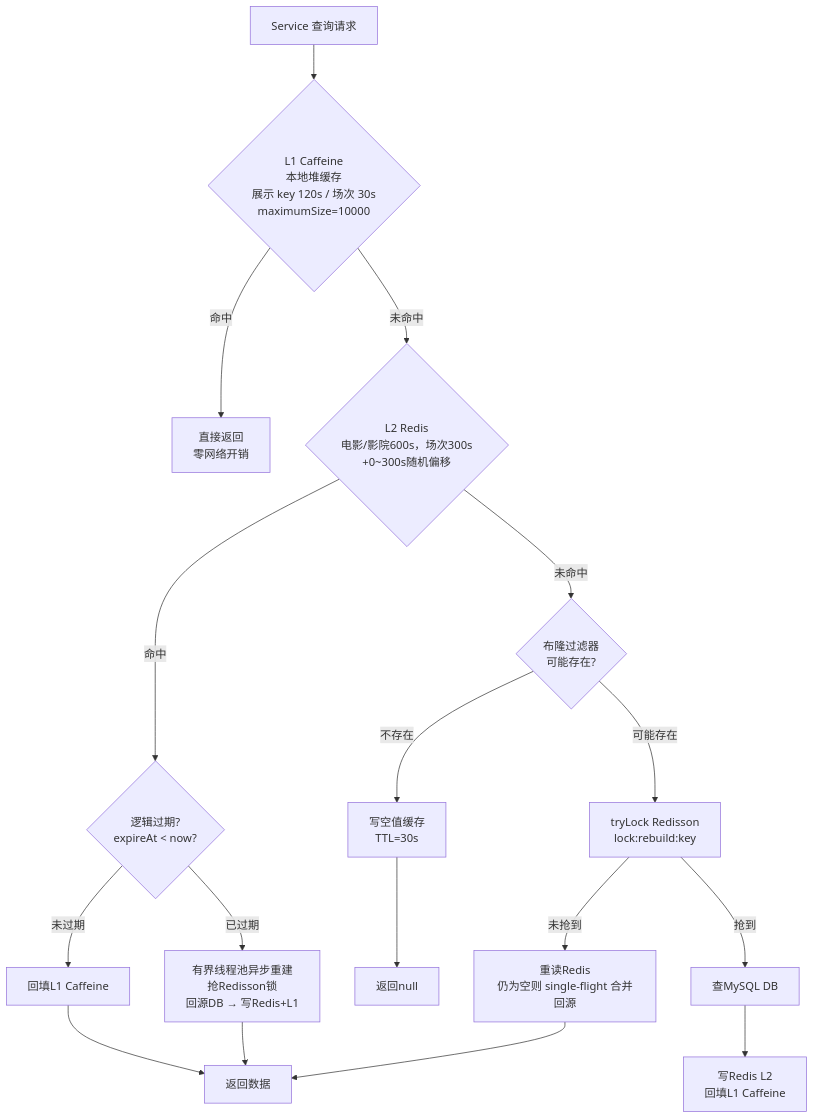
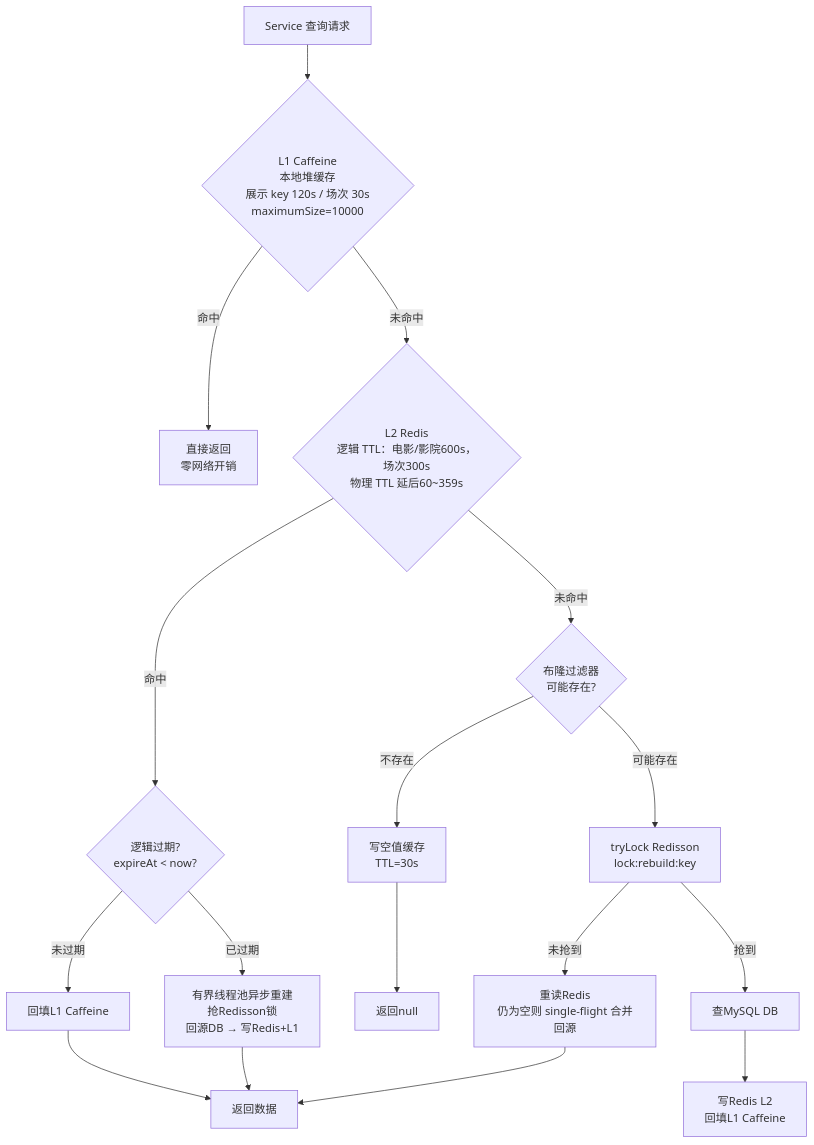
Before and after one commit to wangn-tech/movie-seckill: the third of 12 diagrams in docs/架构设计.md, drawn with Mermaid. The commit also changed other lines of this file and 3 other files, not shown here.

````diff
--- a/docs/架构设计.md
+++ b/docs/架构设计.md
@@ -154,14 +154,14 @@
 ```mermaid
 graph TD
     REQ["Service 查询请求"] --> L1{"L1 Caffeine<br/>本地堆缓存<br/>展示 key 120s / 场次 30s<br/>maximumSize=10000"}
     L1 -- "命中" --> R1["直接返回<br/>零网络开销"]
-    L1 -- "未命中" --> L2{"L2 Redis<br/>电影/影院600s，场次300s<br/>+0~300s随机偏移"}
+    L1 -- "未命中" --> L2{"L2 Redis<br/>逻辑 TTL：电影/影院600s，场次300s<br/>物理 TTL 延后60~359s"}
     L2 -- "命中" --> CHECK{"逻辑过期?<br/>expireAt < now?"}
     CHECK -- "未过期" --> PUT1["回填L1 Caffeine"] --> R2["返回数据"]
     CHECK -- "已过期" --> ASYNC["有界线程池异步重建<br/>抢Redisson锁<br/>回源DB → 写Redis+L1"] --> R2
     L2 -- "未命中" --> BF{"布隆过滤器<br/>可能存在?"}
     BF -- "不存在" --> NULL["写空值缓存<br/>TTL=30s"] --> R3["返回null"]
     BF -- "可能存在" --> LOCK["tryLock Redisson<br/>lock:rebuild:key"]
     LOCK -- "抢到" --> DB["查MySQL DB"] --> PUT2["写Redis L2<br/>回填L1 Caffeine"]
     LOCK -- "未抢到" --> WAIT["重读Redis<br/>仍为空则 single-flight 合并回源"] --> R2
 ```
````
